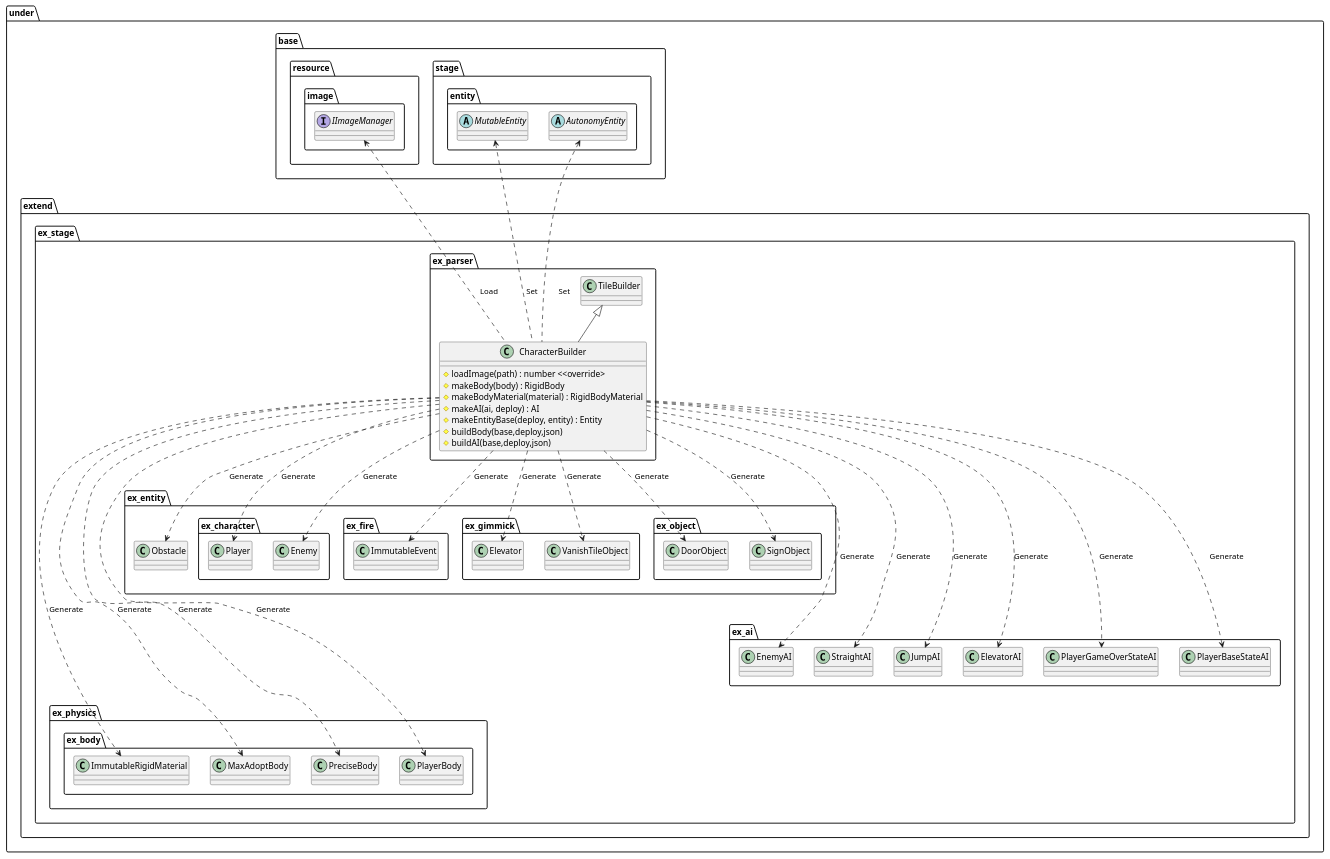
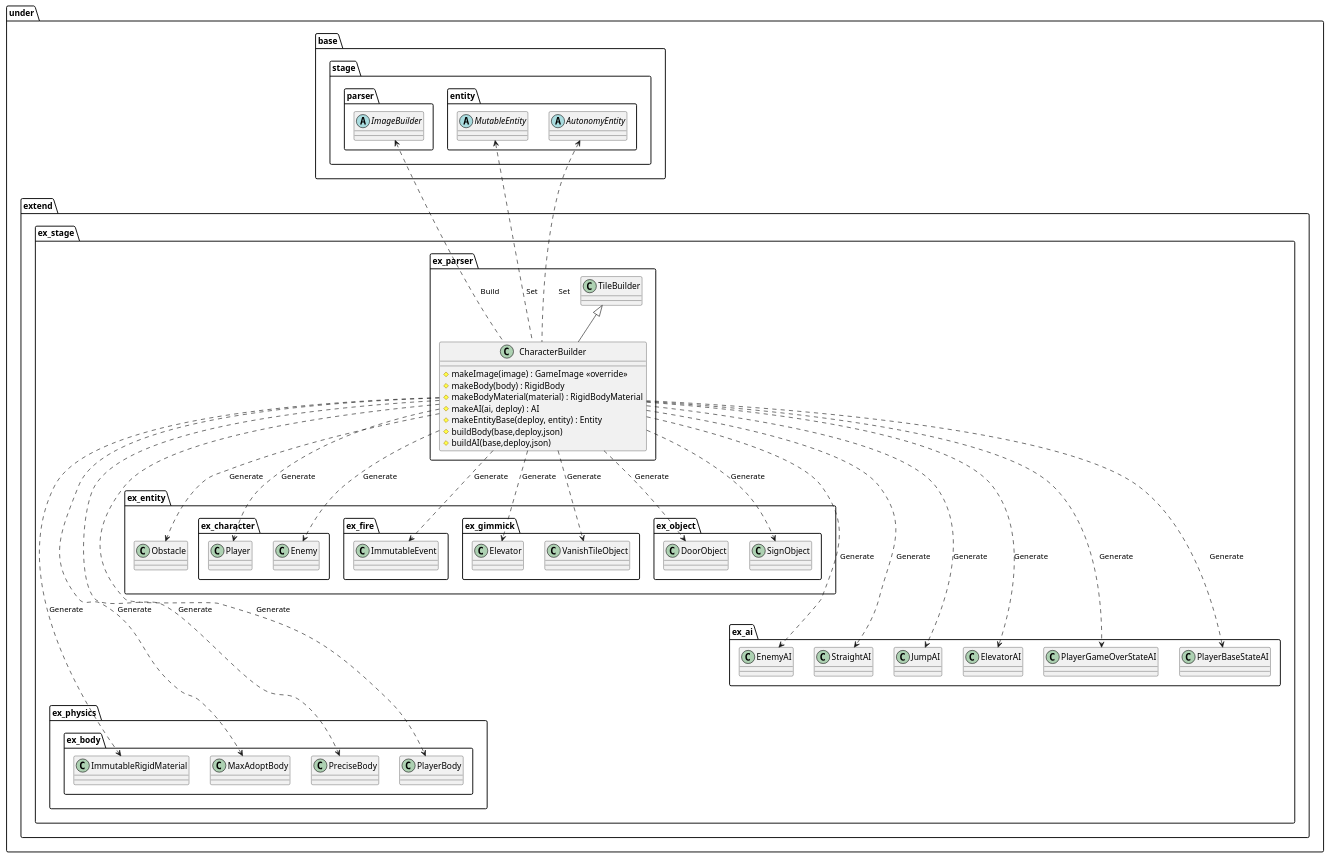
Before and after one commit to Expine/Under: the diagram in uml/parser/Character.wsd, drawn with PlantUML. The commit also changed 75 other files, not shown here.

Commit message:
Fix stage system, abstract collision data

```diff
--- a/uml/parser/Character.wsd
+++ b/uml/parser/Character.wsd
@@ -1,103 +1,101 @@
 @startuml ParserBuilder
 
 package under {
     package extend {
         package ex_stage {
             package ex_parser {
                 class CharacterBuilder {
-                    #loadImage(path) : number <<override>
+                    #makeImage(image) : GameImage <<override>>
                     #makeBody(body) : RigidBody
                     #makeBodyMaterial(material) : RigidBodyMaterial
                     #makeAI(ai, deploy) : AI
                     #makeEntityBase(deploy, entity) : Entity
                     #buildBody(base,deploy,json)
                     #buildAI(base,deploy,json)
                 }
             }
         }
     }
 }
 
 package under {
     package base {
-        package resource {
-            package image {
-                interface IImageManager
+        package stage {
+            package parser {
+                abstract ImageBuilder
             }
-        }
-        package stage {
             package entity {
                 abstract MutableEntity
                 abstract AutonomyEntity
             }
         }
     }
     package extend {
         package ex_stage {
             package ex_parser {
                 class TileBuilder
             }
             package ex_physics {
                 package ex_body {
                     class ImmutableRigidMaterial
                     class MaxAdoptBody
                     class PreciseBody
                     class PlayerBody
                 }
             }
             package ex_entity {
                 package ex_character {
                     class Player
                     class Enemy
                 }
                 package ex_fire {
                     class ImmutableEvent
                 }
                 package ex_gimmick {
                     class Elevator
                     class VanishTileObject
                 }
                 package ex_object {
                     class DoorObject
                     class SignObject
                 }
                 class Obstacle
             }
             package ex_ai {
                 class EnemyAI
                 class StraightAI
                 class JumpAI
                 class ElevatorAI
                 class PlayerGameOverStateAI
                 class PlayerBaseStateAI
             }
         }
 
     }
 }
 
 CharacterBuilder ....> MaxAdoptBody : Generate
 CharacterBuilder ....> PreciseBody : Generate
 CharacterBuilder ....> PlayerBody : Generate
 CharacterBuilder ....> ImmutableRigidMaterial : Generate
 CharacterBuilder ...> EnemyAI : Generate
 CharacterBuilder ...> StraightAI : Generate
 CharacterBuilder ...> JumpAI : Generate
 CharacterBuilder ...> ElevatorAI : Generate
 CharacterBuilder ...> PlayerGameOverStateAI : Generate
 CharacterBuilder ...> PlayerBaseStateAI : Generate
 CharacterBuilder ..> Player : Generate
 CharacterBuilder ..> Enemy : Generate
 CharacterBuilder ..> Obstacle : Generate
 CharacterBuilder ..> DoorObject : Generate
 CharacterBuilder ..> SignObject : Generate
 CharacterBuilder ..> Elevator : Generate
 CharacterBuilder ..> ImmutableEvent : Generate
 CharacterBuilder ..> VanishTileObject : Generate
-IImageManager <... CharacterBuilder : Load
 MutableEntity <... CharacterBuilder : Set
 AutonomyEntity <... CharacterBuilder : Set
+ImageBuilder <... CharacterBuilder : Build
 
 TileBuilder <|-- CharacterBuilder
 
 @enduml
```
